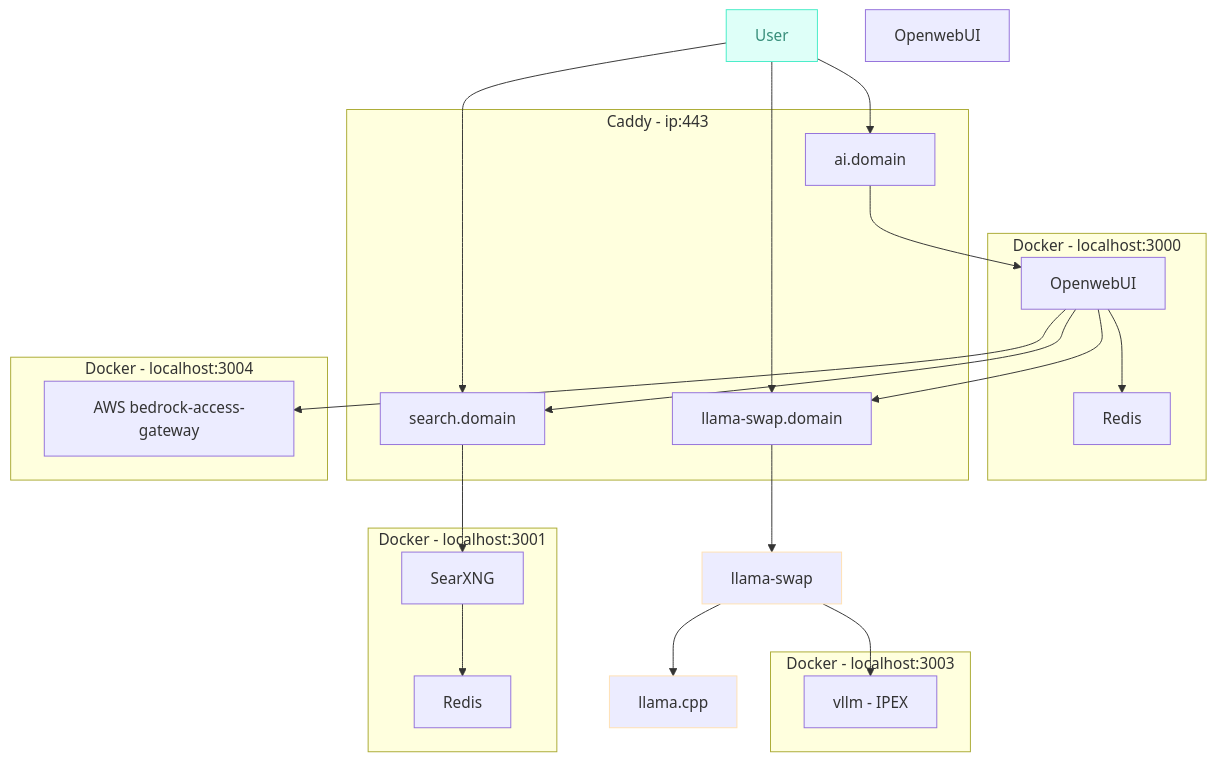
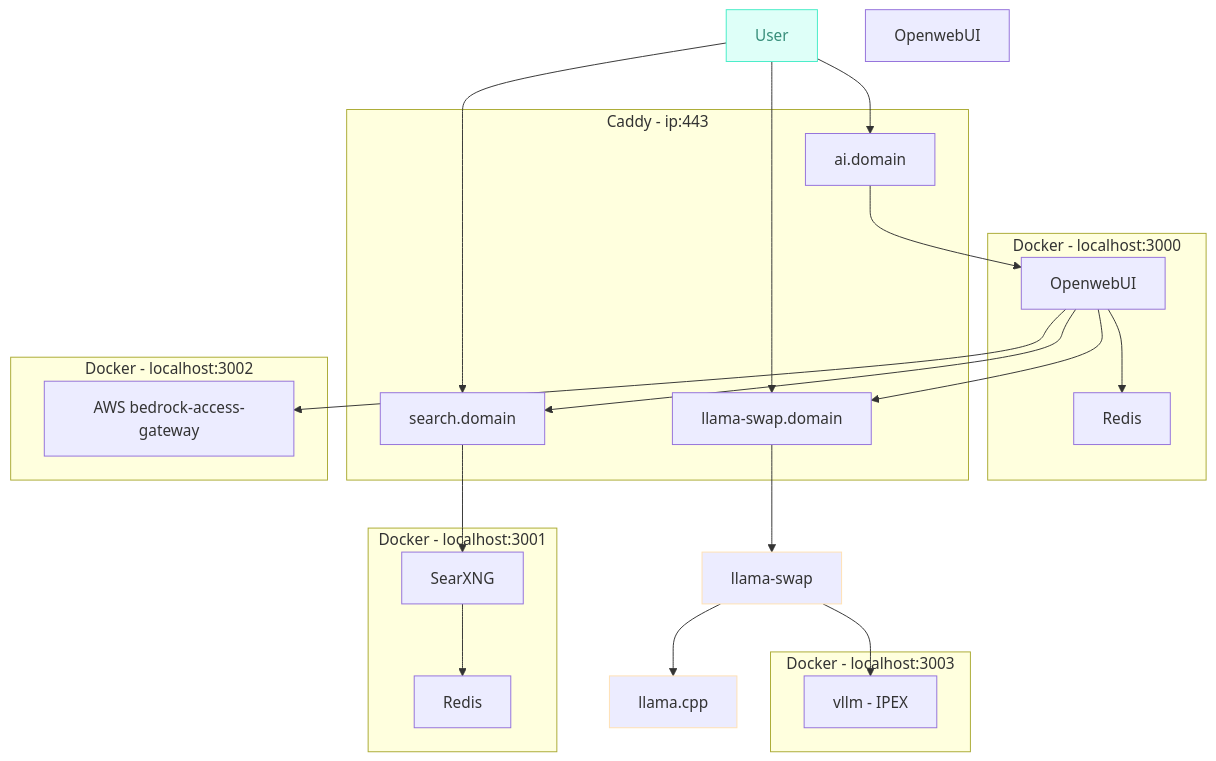
One commit to cycl00ps/ai-lab changed the diagram in README.md. Above: the diagram before and after it, drawn with Mermaid.

````diff
--- a/README.md
+++ b/README.md
@@ -13,39 +13,39 @@
 ```mermaid
 flowchart TD
  subgraph subGraph0["Docker - localhost:3000"]
         B["Redis"]
         A["OpenwebUI"]
   end
  subgraph subGraph1["Docker - localhost:3001"]
         D["Redis"]
         C["SearXNG"]
   end
  subgraph subGraph2["Caddy - ip:443"]
         E["ai.domain"]
         H["search.domain"]
         J["llama-swap.domain"]
   end
  subgraph subGraph3["Docker - localhost:3003"]
         K["vllm - IPEX"]
   end
- subgraph subGraph4["Docker - localhost:3004"]
+ subgraph subGraph4["Docker - localhost:3002"]
         L["AWS bedrock-access-gateway"]
   end
 
     A --> B & H & J & L
     C --> D
     E --> A
     H --> C
     F["llama-swap"] --> G["llama.cpp"]
     F --> K
     I["User"] --> E
     I["User"] --> H
     I --> J
     J --> F
 OpenwebUI
      I:::Aqua
     classDef Aqua stroke-width:1px, stroke-dasharray:none, stroke:#46EDC8, fill:#DEFFF8, color:#378E7A
     style F stroke:#FFE0B2
     style G stroke:#FFE0B2
     style subGraph2 stroke:#FFE0B2```
 ```
````
